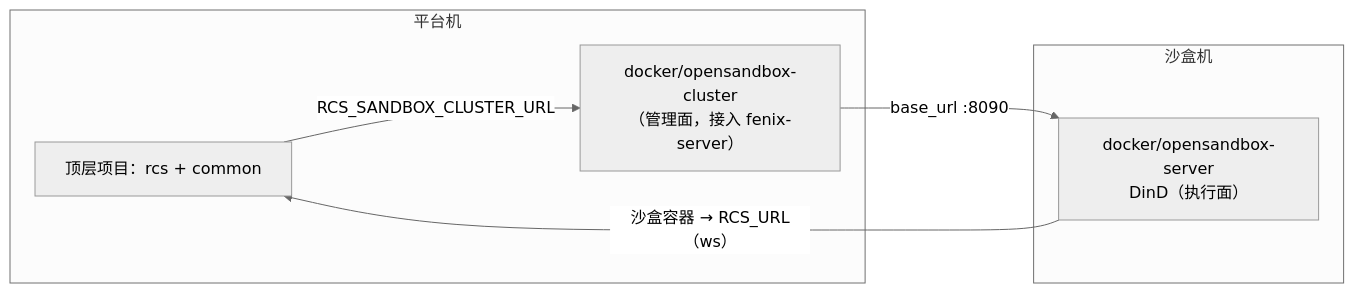
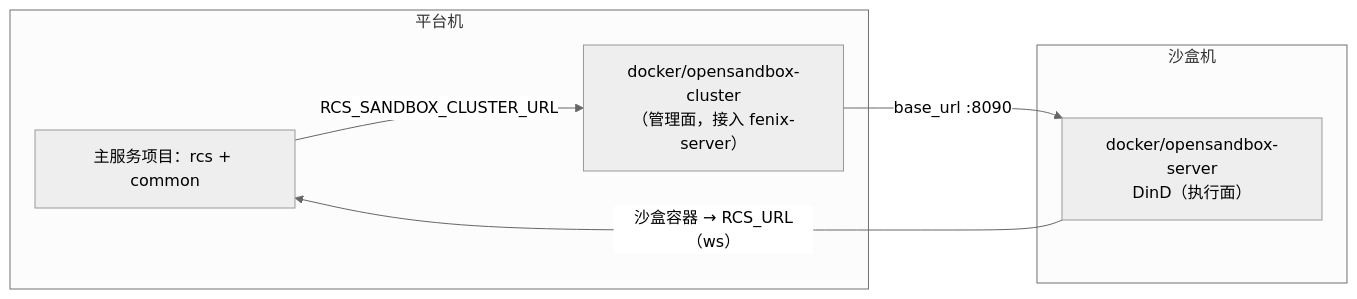
Before and after one commit to HuangPuStar/FenixAgent: the fifth of 5 diagrams in docs/arch/26-deployment-topology.md, drawn with Mermaid (neutral theme). The commit also changed other lines of this file and 59 other files, not shown here.

````diff
--- a/docs/arch/26-deployment-topology.md
+++ b/docs/arch/26-deployment-topology.md
@@ -233,14 +240,14 @@
 ```mermaid
 flowchart LR
     subgraph Plat["平台机"]
-        RCS["顶层项目：rcs + common"]
+        RCS["主服务项目：rcs + common"]
         CL["docker/opensandbox-cluster<br/>（管理面，接入 fenix-server）"]
     end
     subgraph SBX["沙盒机"]
         SV["docker/opensandbox-server<br/>DinD（执行面）"]
     end
 
     RCS -->|"RCS_SANDBOX_CLUSTER_URL"| CL
     CL -->|"base_url :8090"| SV
     SV -->|"沙盒容器 → RCS_URL（ws）"| RCS
 ```
````
